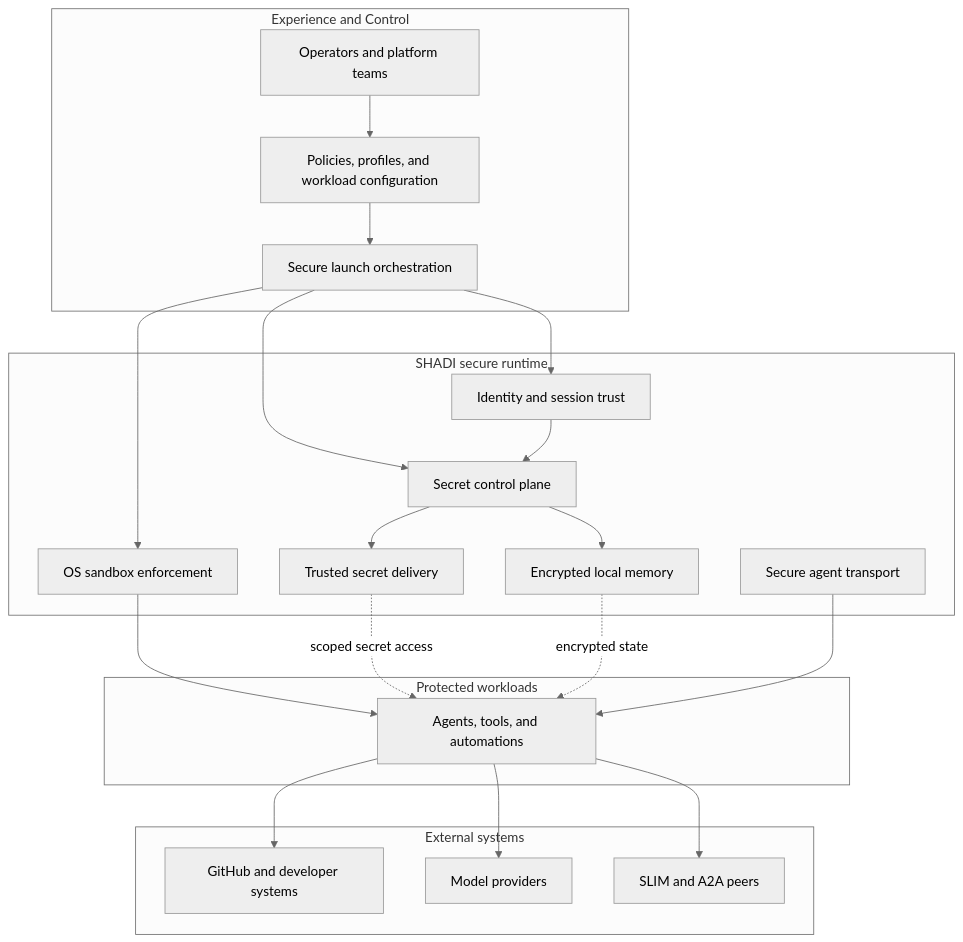
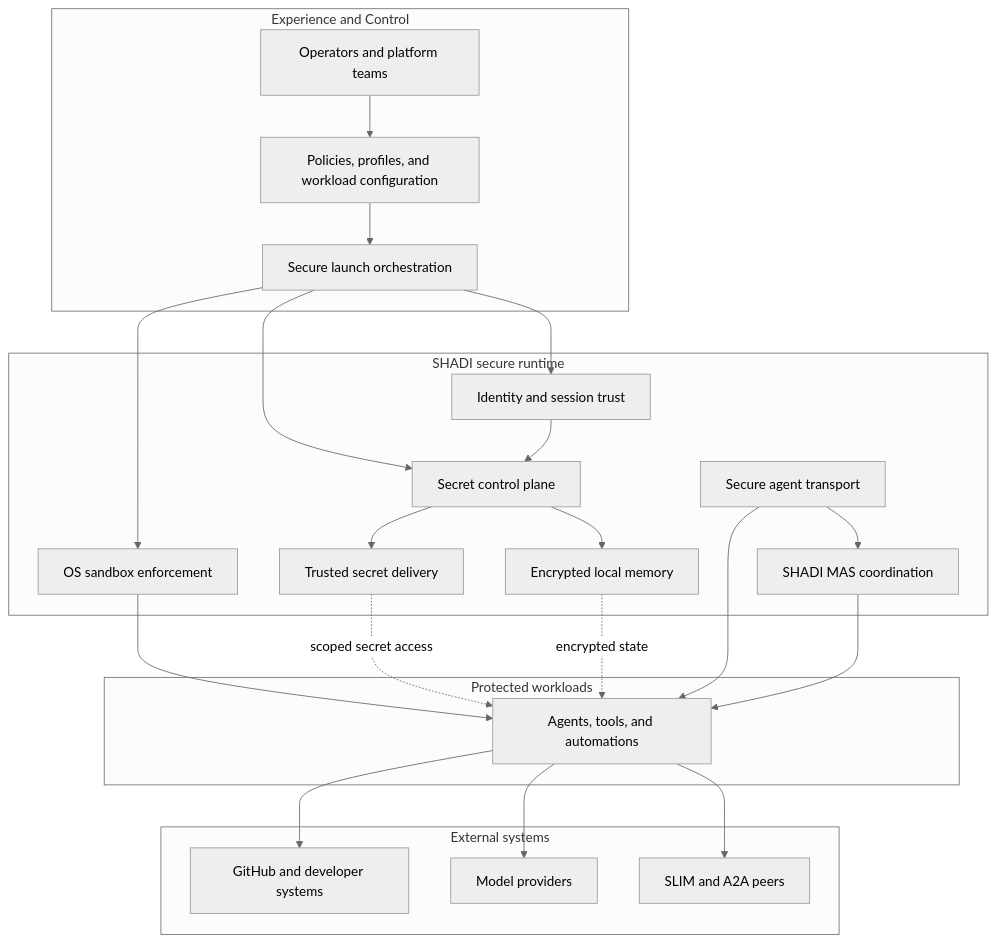
The diagram in docs/content/architecture.md (agntcy/shadi), drawn with Mermaid (neutral theme) before and after one commit. The commit also changed other lines of this file and 26 other files, not shown here.

````diff
--- a/docs/content/architecture.md
+++ b/docs/content/architecture.md
@@ -28,43 +28,46 @@
 ```mermaid
 flowchart TB
   subgraph Experience[Experience and Control]
     Operator[Operators and platform teams]
     Configuration[Policies, profiles, and workload configuration]
     Launch[Secure launch orchestration]
   end
 
   subgraph Platform[SHADI secure runtime]
     Identity[Identity and session trust]
     SecretControl[Secret control plane]
     Delivery[Trusted secret delivery]
     Enforcement[OS sandbox enforcement]
     Memory[Encrypted local memory]
     Transport[Secure agent transport]
+    Coordination[SHADI MAS coordination]
   end
 
   subgraph Workloads[Protected workloads]
     Agents[Agents, tools, and automations]
   end
 
   subgraph Services[External systems]
     Repos[GitHub and developer systems]
     Models[Model providers]
     Peers[SLIM and A2A peers]
   end
 
   Operator --> Configuration
   Configuration --> Launch
   Launch --> Identity
   Launch --> SecretControl
   Launch --> Enforcement
   Identity --> SecretControl
   SecretControl --> Delivery
   SecretControl --> Memory
   Enforcement --> Agents
   Delivery -. scoped secret access .-> Agents
   Memory -. encrypted state .-> Agents
   Transport --> Agents
+  Transport --> Coordination
+  Coordination --> Agents
   Agents --> Repos
   Agents --> Models
   Agents --> Peers
 ```
````
